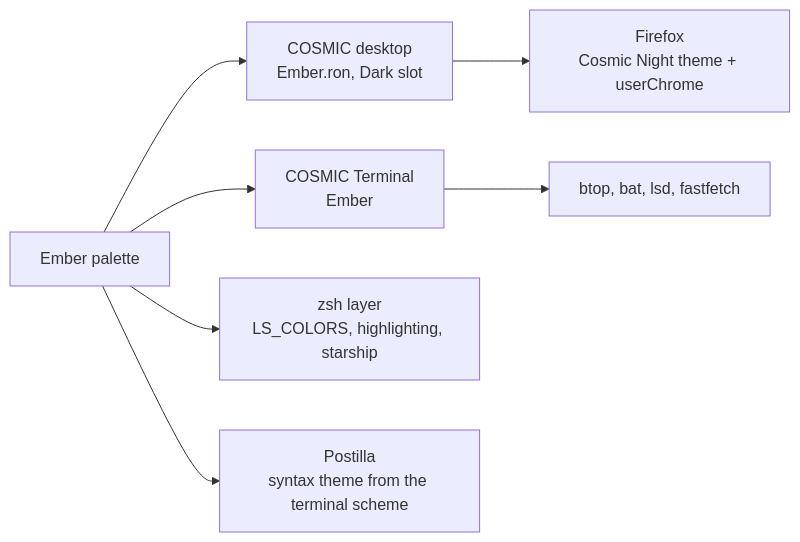
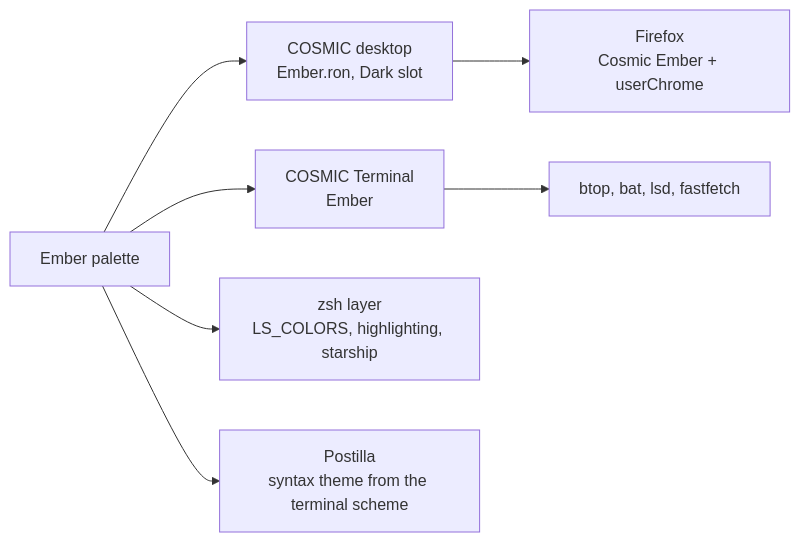
Before and after one commit to atraxsrc/cosmic-ember-theme: the diagram in docs/showcase.md, drawn with Mermaid. The commit also changed other lines of this file and 1 other file, not shown here.

Commit message:
docs: Ember README and showcase

````diff
--- a/docs/showcase.md
+++ b/docs/showcase.md
@@ -28,9 +29,9 @@
 ```mermaid
 flowchart LR
     P[Ember palette] --> D[COSMIC desktop<br/>Ember.ron, Dark slot]
     P --> T[COSMIC Terminal<br/>Ember]
     P --> S[zsh layer<br/>LS_COLORS, highlighting, starship]
     P --> E[Postilla<br/>syntax theme from the terminal scheme]
     T --> B[btop, bat, lsd, fastfetch]
-    D --> F[Firefox<br/>Cosmic Night theme + userChrome]
+    D --> F[Firefox<br/>Cosmic Ember + userChrome]
 ```
````
